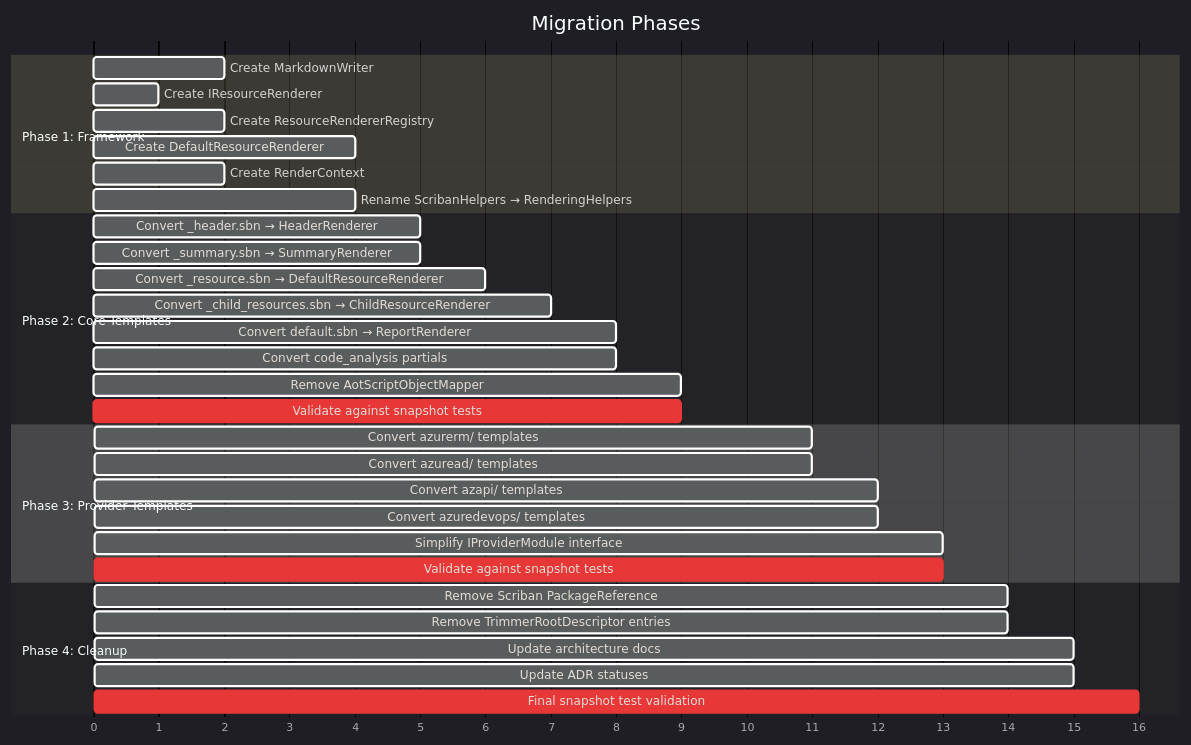
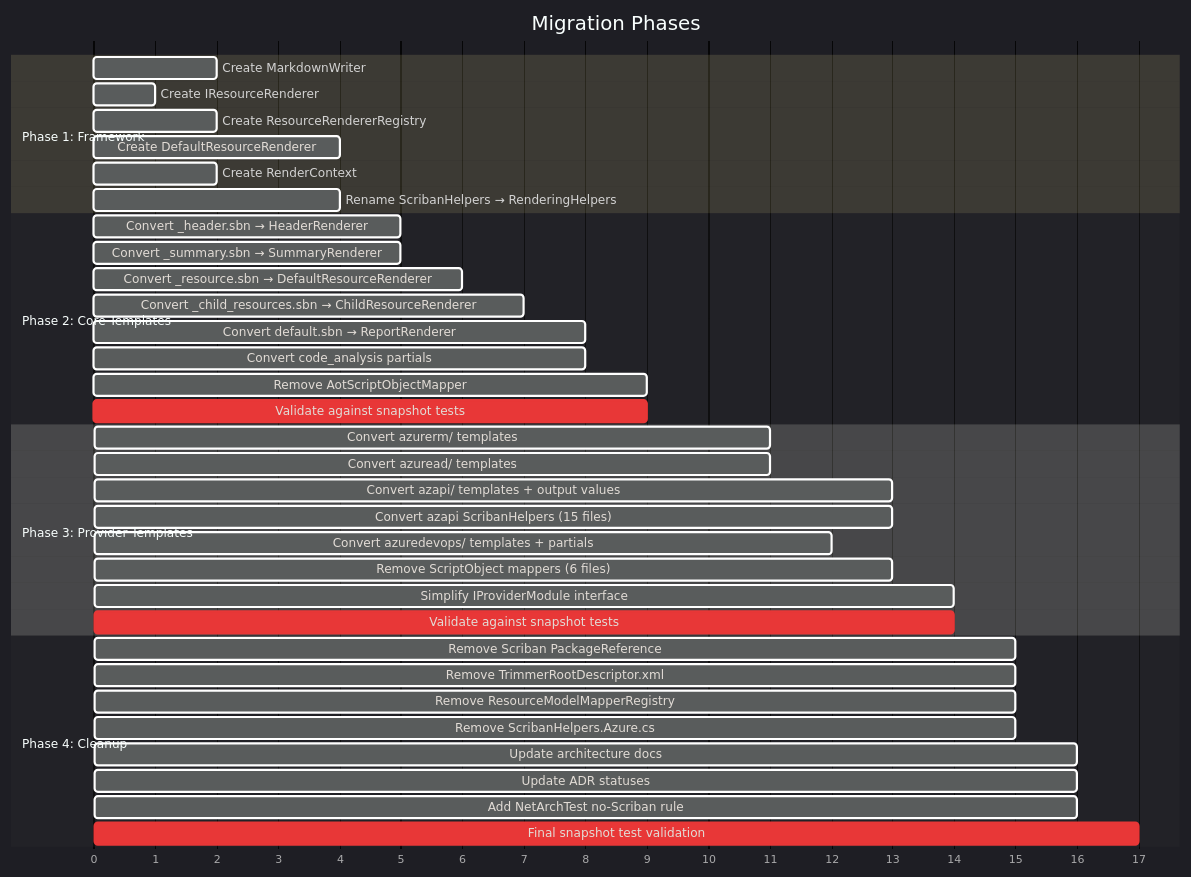
One commit to oocx/tfplan2md changed diagram 24 of 25 in docs/architecture-without-scriban.md. Above: the diagram before and after it, drawn with Mermaid. The commit also changed other lines of this file, not shown here.

Commit message:
docs: update architecture doc with PR 569 changes and comprehensive review additions

````diff
--- a/docs/architecture-without-scriban.md
+++ b/docs/architecture-without-scriban.md
@@ -1140,40 +1522,45 @@
 ```mermaid
 %%{init: {'theme':'dark', 'themeVariables': { 'fontSize':'14px', 'fontFamily':'ui-sans-serif, system-ui, sans-serif'}}}%%
 gantt
     title Migration Phases
     dateFormat X
     axisFormat %s
 
     section Phase 1: Framework
     Create MarkdownWriter                    :a1, 0, 2
     Create IResourceRenderer                 :a2, 0, 1
     Create ResourceRendererRegistry          :a3, 1, 2
     Create DefaultResourceRenderer           :a4, 2, 4
     Create RenderContext                     :a5, 1, 2
     Rename ScribanHelpers → RenderingHelpers :a6, 2, 4
 
     section Phase 2: Core Templates
     Convert _header.sbn → HeaderRenderer     :b1, 4, 5
     Convert _summary.sbn → SummaryRenderer   :b2, 4, 5
     Convert _resource.sbn → DefaultResourceRenderer :b3, 4, 6
     Convert _child_resources.sbn → ChildResourceRenderer :b4, 5, 7
     Convert default.sbn → ReportRenderer     :b5, 6, 8
     Convert code_analysis partials           :b6, 6, 8
     Remove AotScriptObjectMapper             :b7, 8, 9
     Validate against snapshot tests          :crit, b8, 8, 9
 
     section Phase 3: Provider Templates
     Convert azurerm/ templates               :c1, 9, 11
     Convert azuread/ templates               :c2, 9, 11
-    Convert azapi/ templates                 :c3, 10, 12
-    Convert azuredevops/ templates           :c4, 10, 12
-    Simplify IProviderModule interface       :c5, 12, 13
-    Validate against snapshot tests          :crit, c6, 12, 13
+    Convert azapi/ templates + output values :c3, 10, 13
+    Convert azapi ScribanHelpers (15 files)  :c3b, 10, 13
+    Convert azuredevops/ templates + partials :c4, 10, 12
+    Remove ScriptObject mappers (6 files)    :c4b, 12, 13
+    Simplify IProviderModule interface       :c5, 13, 14
+    Validate against snapshot tests          :crit, c6, 13, 14
 
     section Phase 4: Cleanup
-    Remove Scriban PackageReference          :d1, 13, 14
-    Remove TrimmerRootDescriptor entries     :d2, 13, 14
-    Update architecture docs                :d3, 14, 15
-    Update ADR statuses                     :d4, 14, 15
-    Final snapshot test validation           :crit, d5, 15, 16
+    Remove Scriban PackageReference          :d1, 14, 15
+    Remove TrimmerRootDescriptor.xml         :d2, 14, 15
+    Remove ResourceModelMapperRegistry       :d2b, 14, 15
+    Remove ScribanHelpers.Azure.cs           :d2c, 14, 15
+    Update architecture docs                :d3, 15, 16
+    Update ADR statuses                     :d4, 15, 16
+    Add NetArchTest no-Scriban rule          :d4b, 15, 16
+    Final snapshot test validation           :crit, d5, 16, 17
 ```
````
